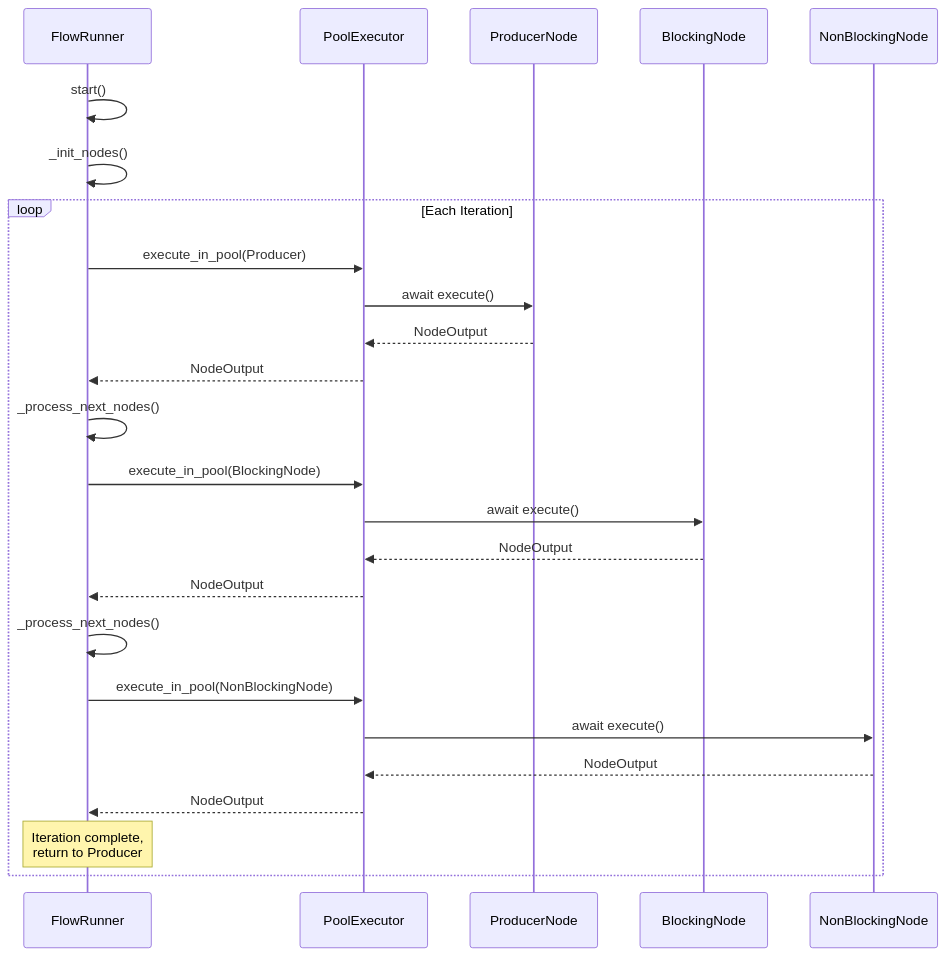
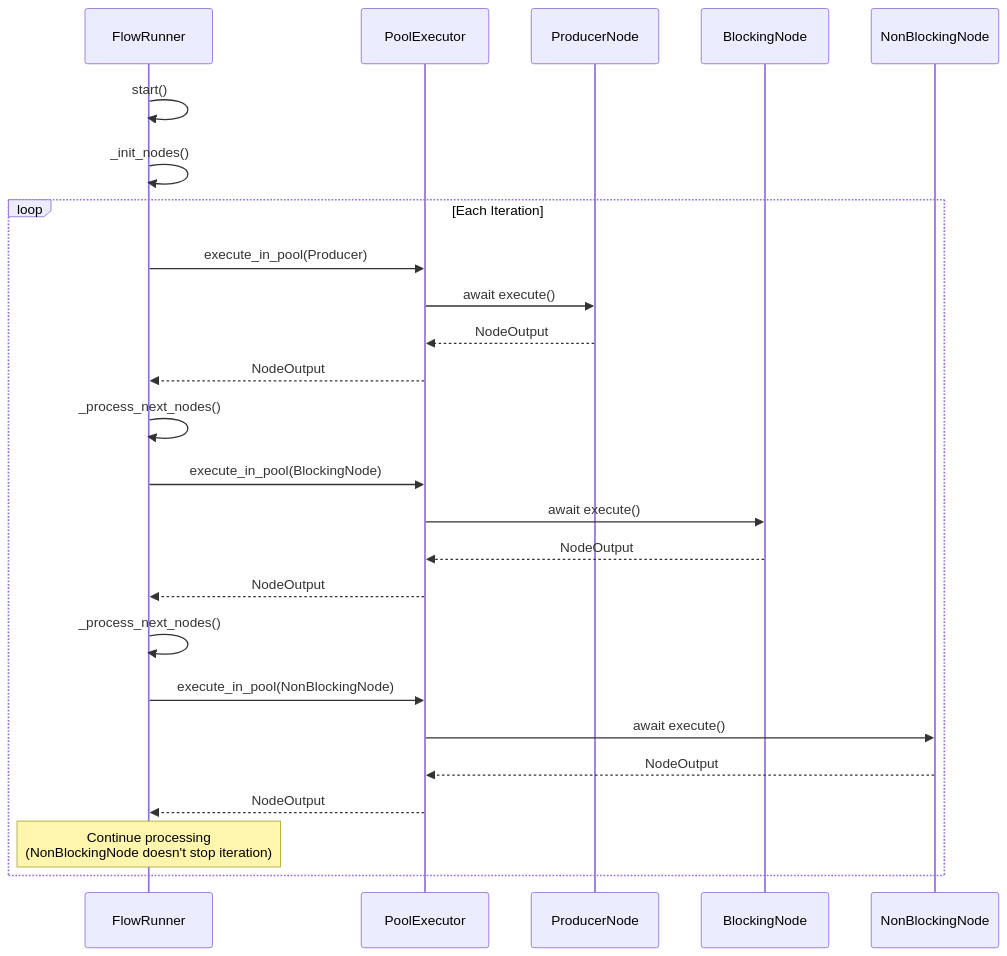
The third of 9 diagrams in docs/03-Execution-System.md (Roshan-yadav-evil-genius/TheOneEye-Backend), drawn with Mermaid before and after one commit. The commit also changed 10 other files, not shown here.

````diff
--- a/docs/03-Execution-System.md
+++ b/docs/03-Execution-System.md
@@ -76,32 +76,32 @@
 ```mermaid
 sequenceDiagram
     participant FR as FlowRunner
     participant PE as PoolExecutor
     participant PN as ProducerNode
     participant BN as BlockingNode
     participant NBN as NonBlockingNode
 
     FR->>FR: start()
     FR->>FR: _init_nodes()
     
     loop Each Iteration
         FR->>PE: execute_in_pool(Producer)
         PE->>PN: await execute()
         PN-->>PE: NodeOutput
         PE-->>FR: NodeOutput
         
         FR->>FR: _process_next_nodes()
         FR->>PE: execute_in_pool(BlockingNode)
         PE->>BN: await execute()
         BN-->>PE: NodeOutput
         PE-->>FR: NodeOutput
         
         FR->>FR: _process_next_nodes()
         FR->>PE: execute_in_pool(NonBlockingNode)
         PE->>NBN: await execute()
         NBN-->>PE: NodeOutput
         PE-->>FR: NodeOutput
         
-        Note over FR: Iteration complete,<br/>return to Producer
+        Note over FR: Continue processing<br/>(NonBlockingNode doesn't stop iteration)
     end
 ```
````
